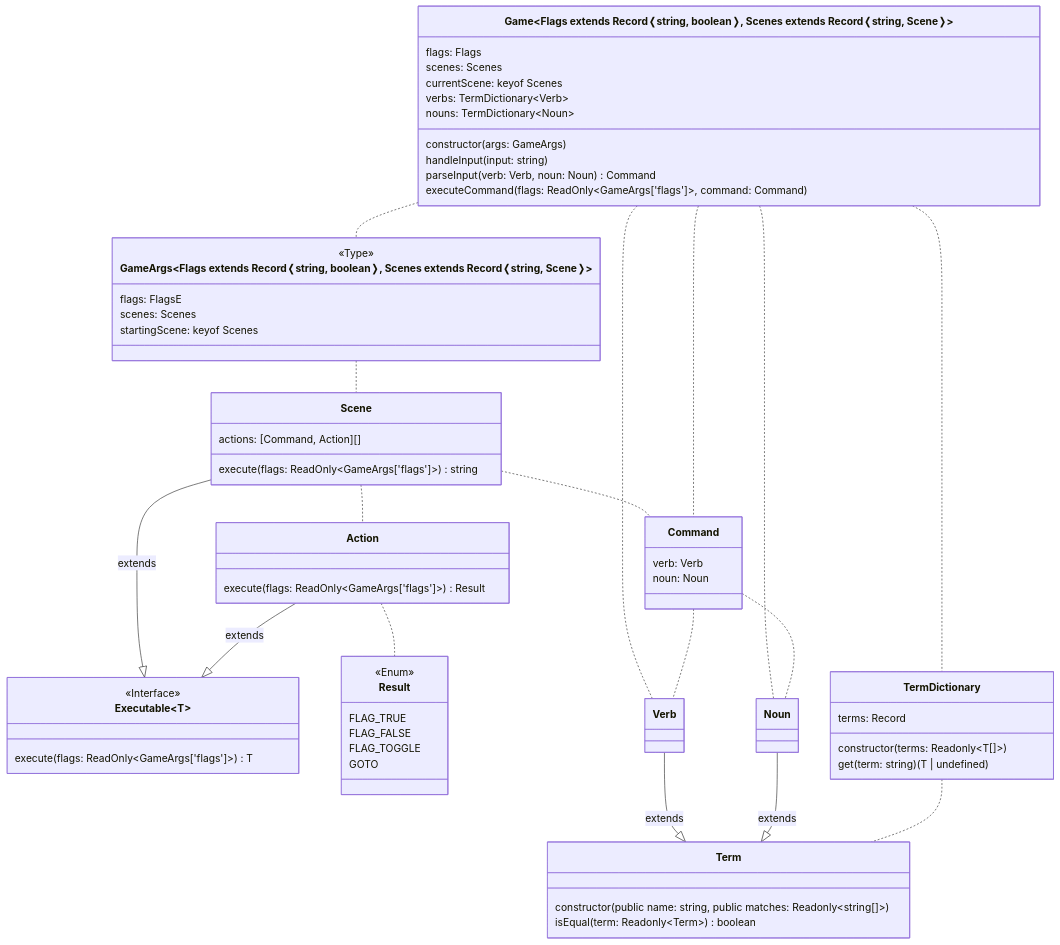
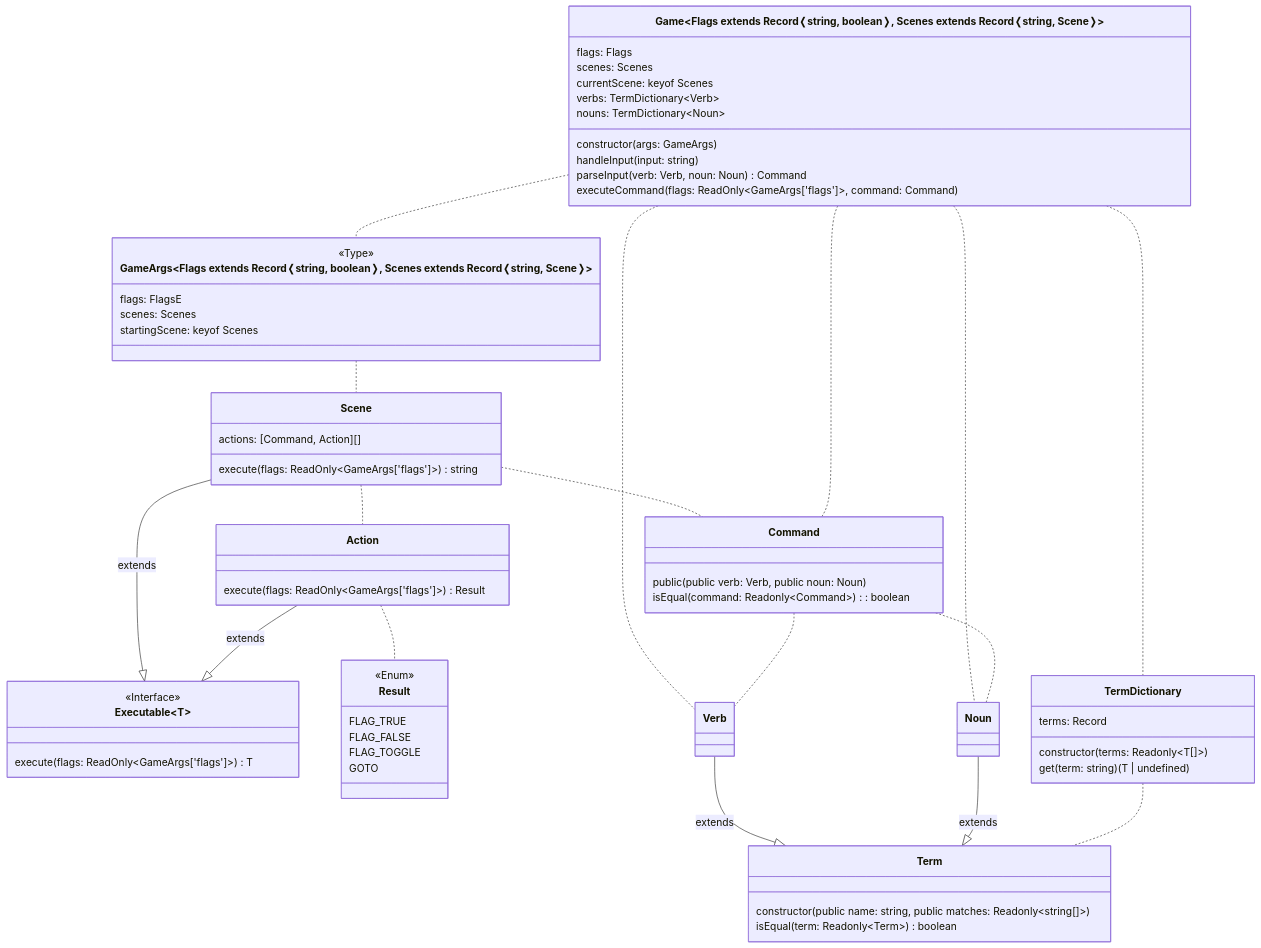
The diagram in README.md (flipactual/text-adventure-experiment), drawn with Mermaid before and after one commit.

````diff
--- a/README.md
+++ b/README.md
@@ -3,67 +3,67 @@
 ```mermaid
 classDiagram
 class GameArgs~Flags extends Record❬string, boolean❭, Scenes extends Record❬string, Scene❭~ {
   <<Type>>
   flags: FlagsE
   scenes: Scenes
   startingScene: keyof Scenes
 }
 GameArgs .. Scene
 class Executable~T~ {
   <<Interface>>
   execute(flags: ReadOnly~GameArgs['flags']~) T
 }
 class Scene {
   actions: [Command, Action][]
   execute(flags: ReadOnly~GameArgs['flags']~) string
 }
 Scene .. Command
 Scene .. Action
 Scene --|> Executable : extends
 class Action {
   execute(flags: ReadOnly~GameArgs['flags']~) Result
 }
 Action .. Result
 Action --|> Executable : extends
 class Result {
   <<Enum>>
   FLAG_TRUE
   FLAG_FALSE
   FLAG_TOGGLE
   GOTO
 }
 class Game~Flags extends Record❬string, boolean❭, Scenes extends Record❬string, Scene❭~ {
   flags: Flags
   scenes: Scenes
   currentScene: keyof Scenes
   verbs: TermDictionary~Verb~
   nouns: TermDictionary~Noun~
   constructor(args: GameArgs)
   handleInput(input: string)
   parseInput(verb: Verb, noun: Noun) Command
   executeCommand(flags: ReadOnly~GameArgs['flags']~, command: Command)
 }
 Game .. GameArgs
 Game .. Verb
 Game .. Noun
 Game .. TermDictionary
 Game .. Command
 class Command {
-  verb: Verb
-  noun: Noun
+  public(public verb: Verb, public noun: Noun)
+  isEqual(command: Readonly~Command~): boolean
 }
 Command .. Verb
 Command .. Noun
 class Term {
   constructor(public name: string, public matches: Readonly~string[]~)
   isEqual(term: Readonly~Term~) boolean 
 }
 Verb --|> Term : extends
 Noun --|> Term : extends
 class TermDictionary~T extends Term~ {
   terms: Record<string, T>
   constructor(terms: Readonly~T[]~)
   get(term: string) (T | undefined)
 }
 TermDictionary .. Term
 ```
````
